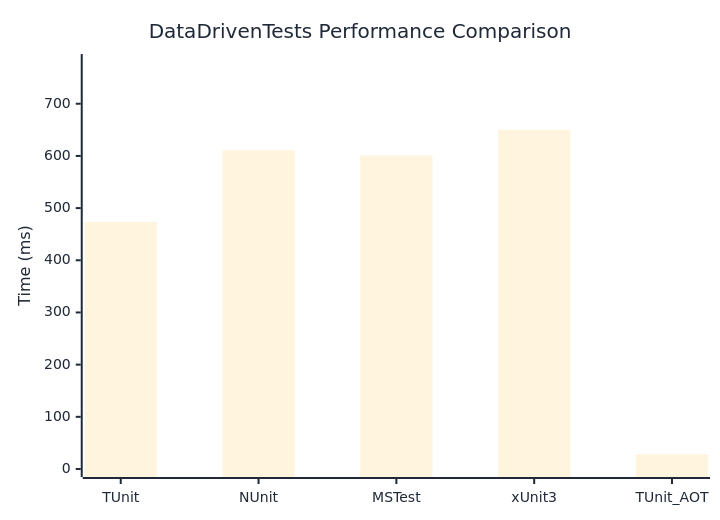
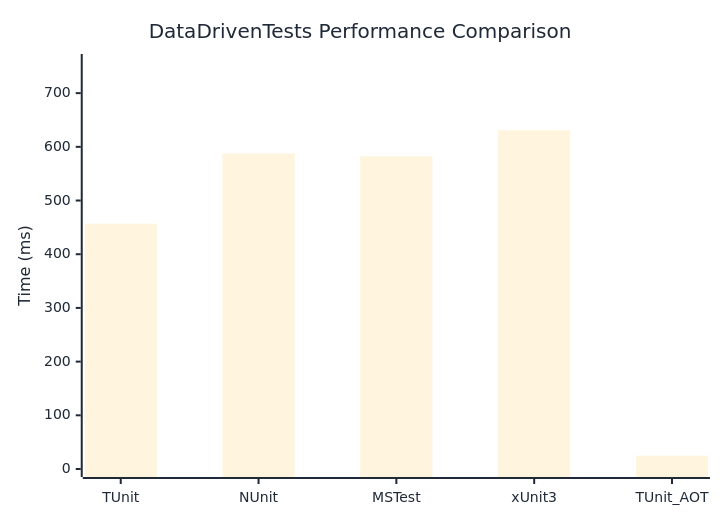
Before and after one commit to thomhurst/TUnit: the diagram in docs/docs/benchmarks/DataDrivenTests.md, drawn with Mermaid. The commit also changed other lines of this file and 17 other files, not shown here.

````diff
--- a/docs/docs/benchmarks/DataDrivenTests.md
+++ b/docs/docs/benchmarks/DataDrivenTests.md
@@ -27,37 +27,37 @@
 ```mermaid
 %%{init: {
   'theme':'base',
   'themeVariables': {
     'primaryColor': '#2563eb',
     'primaryTextColor': '#1f2937',
     'primaryBorderColor': '#1e40af',
     'lineColor': '#6b7280',
     'secondaryColor': '#7c3aed',
     'tertiaryColor': '#dc2626',
     'background': '#ffffff',
     'mainBkg': '#2563eb',
     'secondBkg': '#7c3aed',
     'tertiaryBkg': '#dc2626',
     'clusterBkg': '#f3f4f6',
     'edgeLabelBackground': '#ffffff',
     'tertiaryTextColor': '#1f2937',
     'pie1': '#2563eb',
     'pie2': '#7c3aed',
     'pie3': '#dc2626',
     'pie4': '#f59e0b',
     'pie5': '#10b981',
     'pie6': '#06b6d4',
     'pie7': '#ec4899',
     'pie8': '#6366f1',
     'pie9': '#84cc16',
     'pie10': '#f97316',
     'pie11': '#14b8a6',
     'pie12': '#a855f7'
   }
 }}%%
 xychart-beta
   title "DataDrivenTests Performance Comparison"
   x-axis ["TUnit", "NUnit", "MSTest", "xUnit3", "TUnit_AOT"]
-  y-axis "Time (ms)" 0 --> 780
-  bar [473.28, 610.96, 600.88, 649.9, 27.96]
+  y-axis "Time (ms)" 0 --> 758
+  bar [456.83, 587.71, 582.37, 630.95, 24.75]
 ```
````
